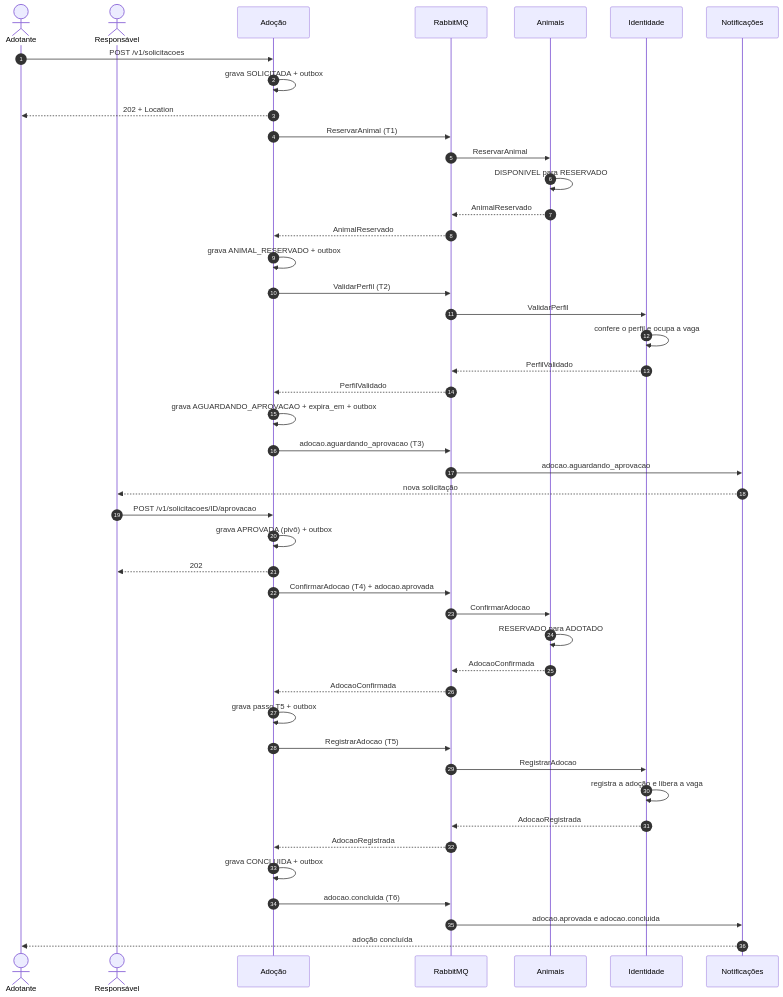
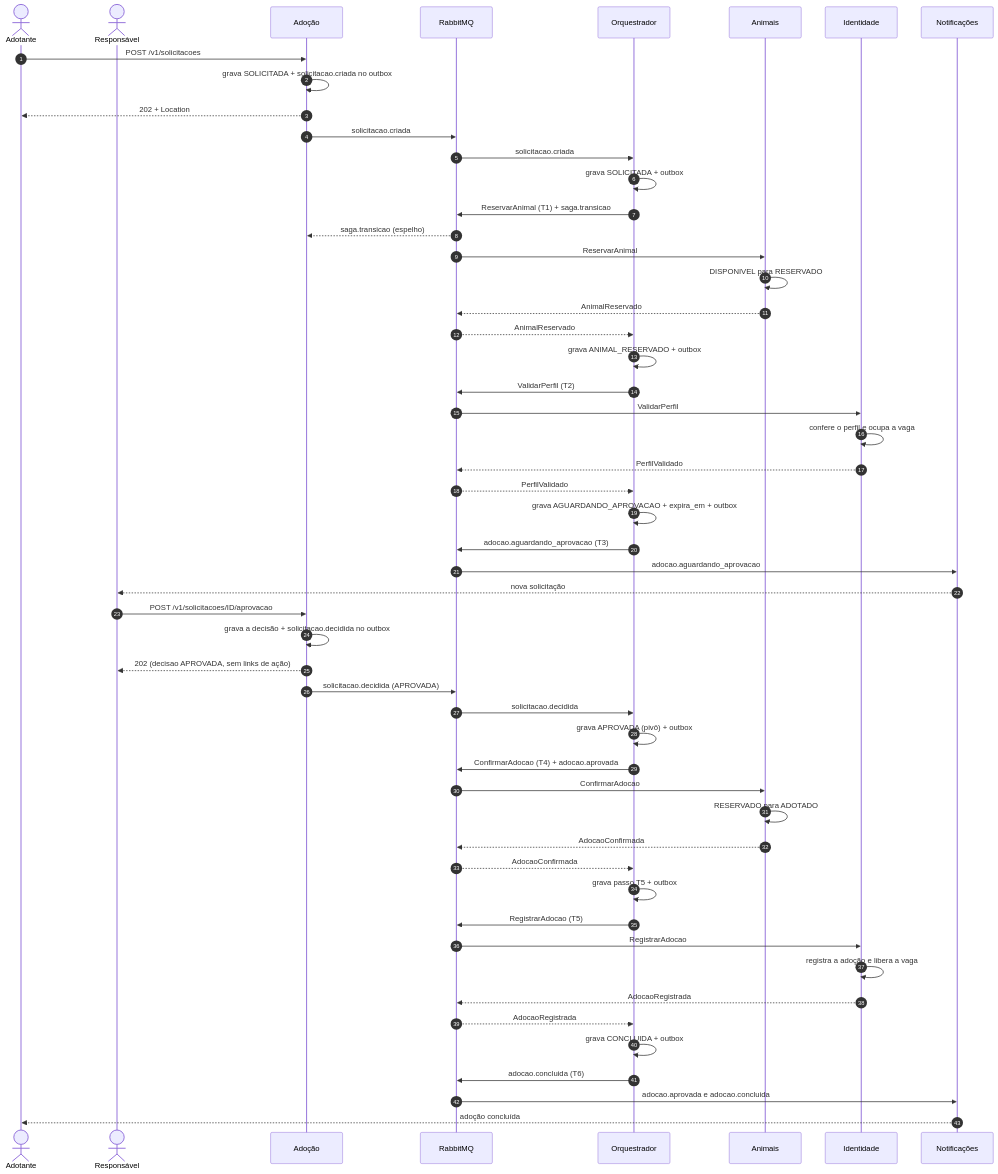
The second of 5 diagrams in docs/saga.md (gxbreus/ampara), drawn with Mermaid before and after one commit. The commit also changed other lines of this file and 6 other files, not shown here.

First line of the commit message:
docs: descreve a SAGA com o Orquestrador e cataloga as mensagens novas (#139)

````diff
--- a/docs/saga.md
+++ b/docs/saga.md
@@ -139,48 +144,56 @@
 ```mermaid
 sequenceDiagram
     autonumber
     actor AT as Adotante
     actor RE as Responsável
     participant AD as Adoção
     participant MQ as RabbitMQ
+    participant OR as Orquestrador
     participant AN as Animais
     participant ID as Identidade
     participant NO as Notificações
 
     AT->>AD: POST /v1/solicitacoes
-    AD->>AD: grava SOLICITADA + outbox
+    AD->>AD: grava SOLICITADA + solicitacao.criada no outbox
     AD-->>AT: 202 + Location
-    AD->>MQ: ReservarAnimal (T1)
+    AD->>MQ: solicitacao.criada
+    MQ->>OR: solicitacao.criada
+    OR->>OR: grava SOLICITADA + outbox
+    OR->>MQ: ReservarAnimal (T1) + saga.transicao
+    MQ-->>AD: saga.transicao (espelho)
     MQ->>AN: ReservarAnimal
     AN->>AN: DISPONIVEL para RESERVADO
     AN-->>MQ: AnimalReservado
-    MQ-->>AD: AnimalReservado
-    AD->>AD: grava ANIMAL_RESERVADO + outbox
-    AD->>MQ: ValidarPerfil (T2)
+    MQ-->>OR: AnimalReservado
+    OR->>OR: grava ANIMAL_RESERVADO + outbox
+    OR->>MQ: ValidarPerfil (T2)
     MQ->>ID: ValidarPerfil
     ID->>ID: confere o perfil e ocupa a vaga
     ID-->>MQ: PerfilValidado
-    MQ-->>AD: PerfilValidado
-    AD->>AD: grava AGUARDANDO_APROVACAO + expira_em + outbox
-    AD->>MQ: adocao.aguardando_aprovacao (T3)
+    MQ-->>OR: PerfilValidado
+    OR->>OR: grava AGUARDANDO_APROVACAO + expira_em + outbox
+    OR->>MQ: adocao.aguardando_aprovacao (T3)
     MQ->>NO: adocao.aguardando_aprovacao
     NO-->>RE: nova solicitação
     RE->>AD: POST /v1/solicitacoes/ID/aprovacao
-    AD->>AD: grava APROVADA (pivô) + outbox
-    AD-->>RE: 202
-    AD->>MQ: ConfirmarAdocao (T4) + adocao.aprovada
+    AD->>AD: grava a decisão + solicitacao.decidida no outbox
+    AD-->>RE: 202 (decisao APROVADA, sem links de ação)
+    AD->>MQ: solicitacao.decidida (APROVADA)
+    MQ->>OR: solicitacao.decidida
+    OR->>OR: grava APROVADA (pivô) + outbox
+    OR->>MQ: ConfirmarAdocao (T4) + adocao.aprovada
     MQ->>AN: ConfirmarAdocao
     AN->>AN: RESERVADO para ADOTADO
     AN-->>MQ: AdocaoConfirmada
-    MQ-->>AD: AdocaoConfirmada
-    AD->>AD: grava passo T5 + outbox
-    AD->>MQ: RegistrarAdocao (T5)
+    MQ-->>OR: AdocaoConfirmada
+    OR->>OR: grava passo T5 + outbox
+    OR->>MQ: RegistrarAdocao (T5)
     MQ->>ID: RegistrarAdocao
     ID->>ID: registra a adoção e libera a vaga
     ID-->>MQ: AdocaoRegistrada
-    MQ-->>AD: AdocaoRegistrada
-    AD->>AD: grava CONCLUIDA + outbox
-    AD->>MQ: adocao.concluida (T6)
+    MQ-->>OR: AdocaoRegistrada
+    OR->>OR: grava CONCLUIDA + outbox
+    OR->>MQ: adocao.concluida (T6)
     MQ->>NO: adocao.aprovada e adocao.concluida
     NO-->>AT: adoção concluída
 ```
````
